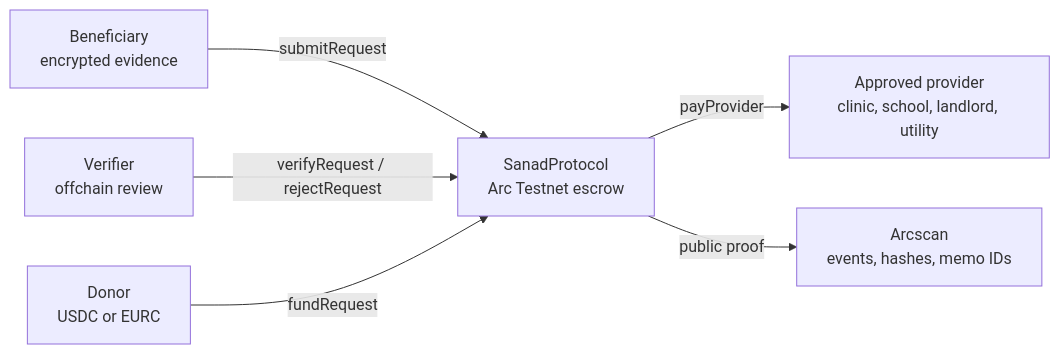
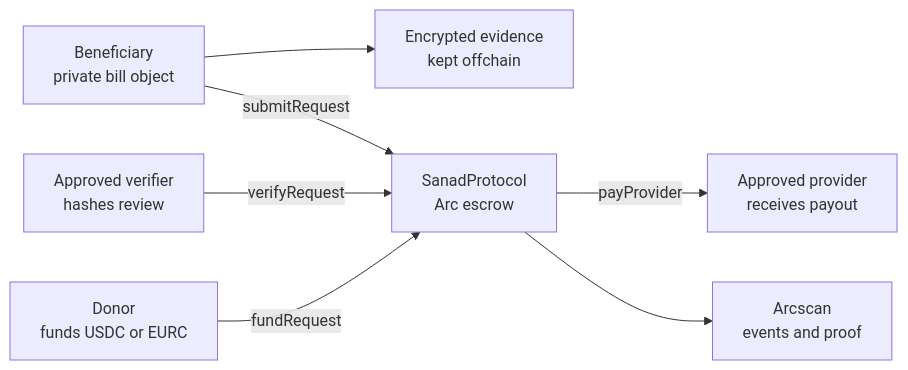
One commit to aspro45/sanad changed the diagram in README.md. Above: the diagram before and after it, drawn with Mermaid. The commit also changed other lines of this file, not shown here.

Commit message:
Update SANAD README

````diff
--- a/README.md
+++ b/README.md
@@ -90,15 +99,17 @@
 ```mermaid
 flowchart LR
-  Beneficiary["Beneficiary<br/>encrypted evidence"]
-  Verifier["Verifier<br/>offchain review"]
-  Donor["Donor<br/>USDC or EURC"]
-  Contract["SanadProtocol<br/>Arc Testnet escrow"]
-  Provider["Approved provider<br/>clinic, school, landlord, utility"]
-  Arcscan["Arcscan<br/>events, hashes, memo IDs"]
+  Beneficiary["Beneficiary<br/>private bill object"]
+  Evidence["Encrypted evidence<br/>kept offchain"]
+  Verifier["Approved verifier<br/>hashes review"]
+  Donor["Donor<br/>funds USDC or EURC"]
+  Contract["SanadProtocol<br/>Arc escrow"]
+  Provider["Approved provider<br/>receives payout"]
+  Arcscan["Arcscan<br/>events and proof"]
 
+  Beneficiary --> Evidence
   Beneficiary -->|submitRequest| Contract
-  Verifier -->|verifyRequest / rejectRequest| Contract
+  Verifier -->|verifyRequest| Contract
   Donor -->|fundRequest| Contract
   Contract -->|payProvider| Provider
-  Contract -->|public proof| Arcscan
+  Contract --> Arcscan
 ```
````
